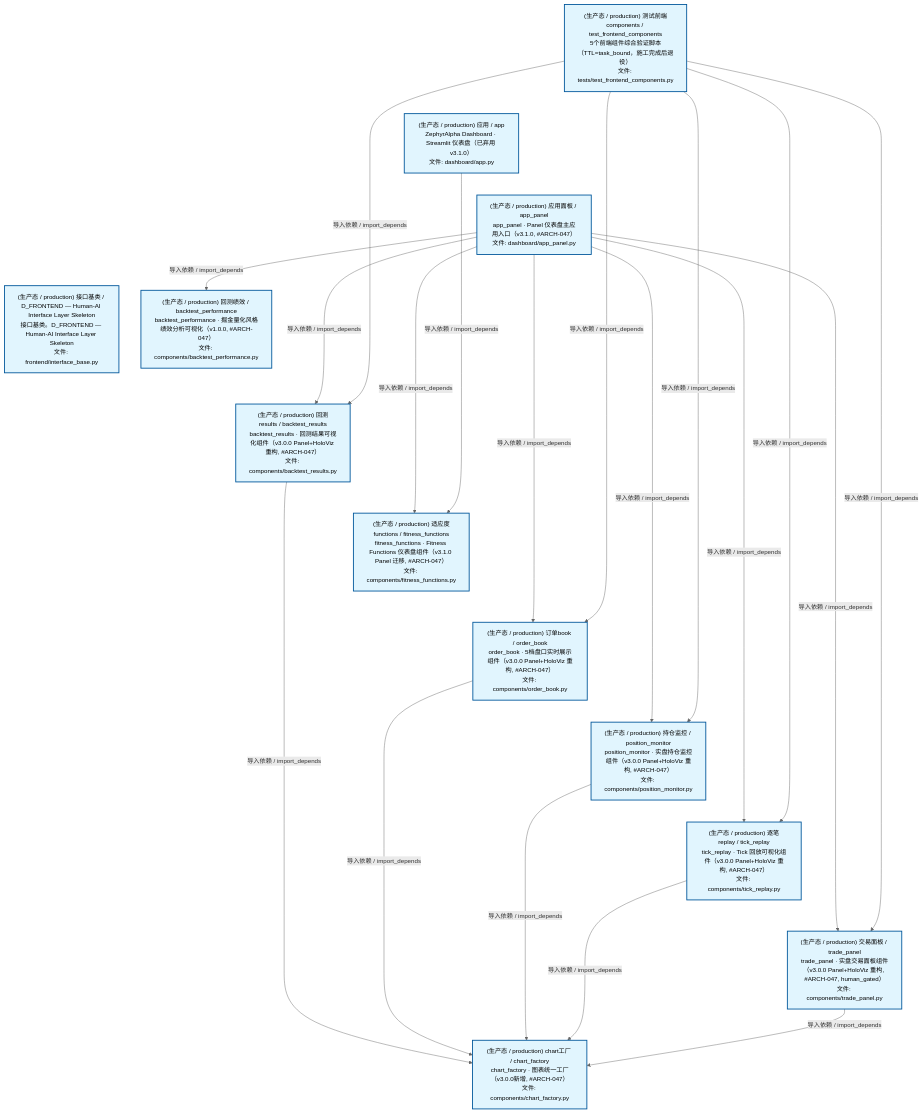
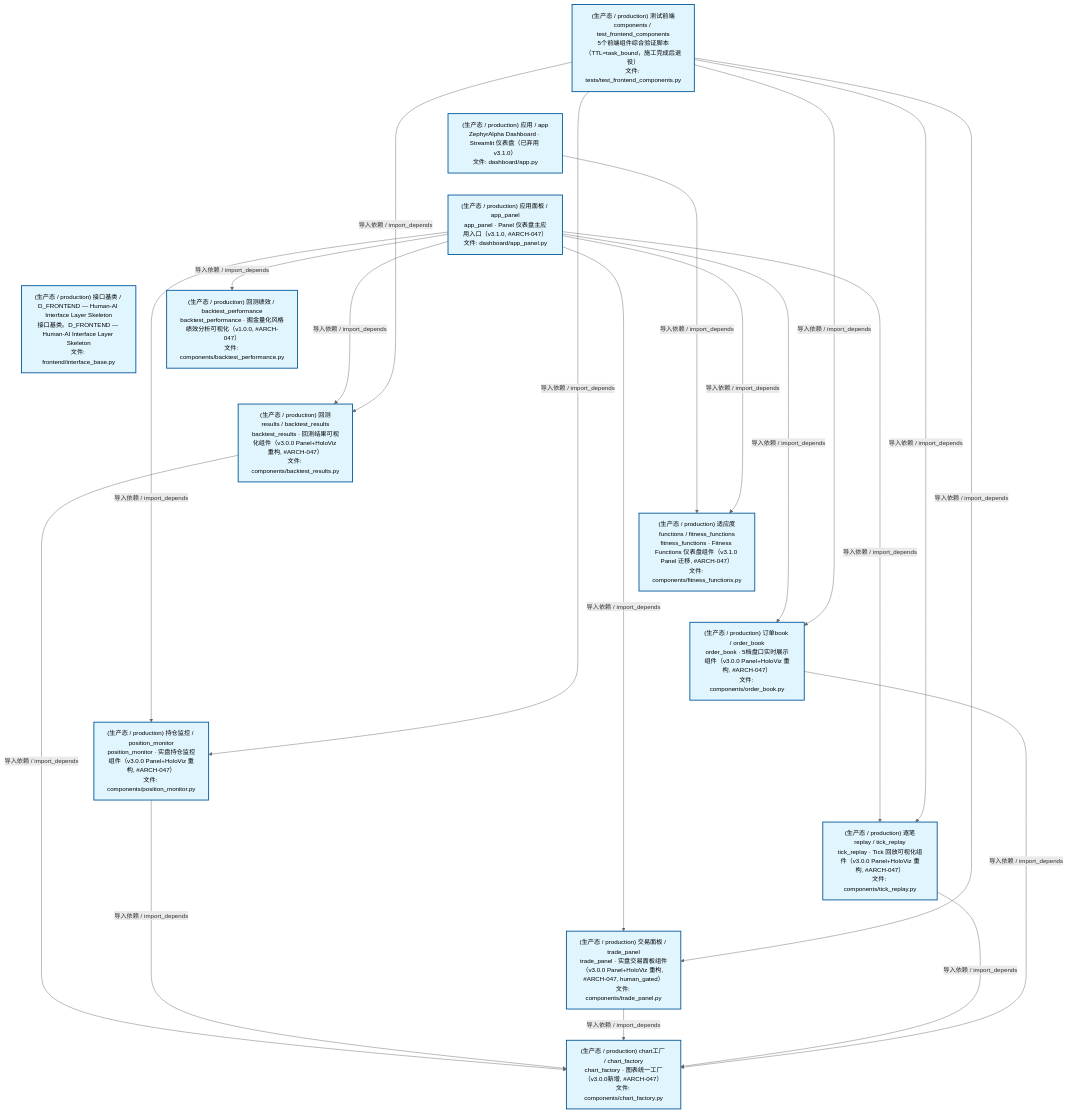
Before and after one commit to xuanFelixVan/ZephyrAlpha: the second of 4 diagrams in docs/02_enterprise_architecture/02_domain_architecture_docs/47_d_frontend.md, drawn with Mermaid. The commit also changed other lines of this file and 50 other files, not shown here.

````diff
--- a/docs/02_enterprise_architecture/02_domain_architecture_docs/47_d_frontend.md
+++ b/docs/02_enterprise_architecture/02_domain_architecture_docs/47_d_frontend.md
@@ -124,48 +124,48 @@
 ```mermaid
 %%{init: {'theme': 'base', 'themeVariables': {'primaryColor': '#eaeaea', 'primaryTextColor': '#333333', 'primaryBorderColor': '#666666', 'lineColor': '#666666', 'secondaryColor': '#eaeaea', 'tertiaryColor': '#eaeaea', 'fontSize': '14px'}}}%%
 flowchart TD
     scripts_tests_test_frontend_components_py["(生产态 / production) 测试前端components / test_frontend_components<br/>5个前端组件综合验证脚本（TTL=task_bound，施工完成后退役）<br/>文件: tests/test_frontend_components.py"]
     src_zephyr_frontend_dashboard_app_py["(生产态 / production) 应用 / app<br/>ZephyrAlpha Dashboard · Streamlit 仪表盘（已弃用 v3.1.0）<br/>文件: dashboard/app.py"]
     src_zephyr_frontend_dashboard_app_panel_py["(生产态 / production) 应用面板 / app_panel<br/>app_panel · Panel 仪表盘主应用入口（v3.1.0, #ARCH-047）<br/>文件: dashboard/app_panel.py"]
     src_zephyr_frontend_interface_base_py["(生产态 / production) 接口基类 / D_FRONTEND — Human-AI Interface Layer Skeleton<br/>接口基类。D_FRONTEND — Human-AI Interface Layer Skeleton<br/>文件: frontend/interface_base.py"]
     scripts_tests_test_frontend_components_py ~~~ src_zephyr_frontend_dashboard_app_py
     src_zephyr_frontend_dashboard_app_py ~~~ src_zephyr_frontend_dashboard_app_panel_py
     src_zephyr_frontend_dashboard_app_panel_py ~~~ src_zephyr_frontend_interface_base_py
     src_zephyr_frontend_dashboard_components_backtest_performance_py["(生产态 / production) 回测绩效 / backtest_performance<br/>backtest_performance · 掘金量化风格绩效分析可视化（v1.0.0, #ARCH-047）<br/>文件: components/backtest_performance.py"]
     src_zephyr_frontend_dashboard_components_backtest_results_py["(生产态 / production) 回测results / backtest_results<br/>backtest_results · 回测结果可视化组件（v3.0.0 Panel+HoloViz 重构, #ARCH-047）<br/>文件: components/backtest_results.py"]
     src_zephyr_frontend_dashboard_components_fitness_functions_py["(生产态 / production) 适应度functions / fitness_functions<br/>fitness_functions · Fitness Functions 仪表盘组件（v3.1.0 Panel 迁移, #ARCH-047）<br/>文件: components/fitness_functions.py"]
     src_zephyr_frontend_dashboard_components_order_book_py["(生产态 / production) 订单book / order_book<br/>order_book · 5档盘口实时展示组件（v3.0.0 Panel+HoloViz 重构, #ARCH-047）<br/>文件: components/order_book.py"]
     src_zephyr_frontend_dashboard_components_position_monitor_py["(生产态 / production) 持仓监控 / position_monitor<br/>position_monitor · 实盘持仓监控组件（v3.0.0 Panel+HoloViz 重构, #ARCH-047）<br/>文件: components/position_monitor.py"]
     src_zephyr_frontend_dashboard_components_tick_replay_py["(生产态 / production) 逐笔replay / tick_replay<br/>tick_replay · Tick 回放可视化组件（v3.0.0 Panel+HoloViz 重构, #ARCH-047）<br/>文件: components/tick_replay.py"]
     src_zephyr_frontend_dashboard_components_trade_panel_py["(生产态 / production) 交易面板 / trade_panel<br/>trade_panel · 实盘交易面板组件（v3.0.0 Panel+HoloViz 重构, #ARCH-047, human_gated）<br/>文件: components/trade_panel.py"]
     src_zephyr_frontend_dashboard_components_backtest_performance_py ~~~ src_zephyr_frontend_dashboard_components_backtest_results_py
     src_zephyr_frontend_dashboard_components_backtest_results_py ~~~ src_zephyr_frontend_dashboard_components_fitness_functions_py
     src_zephyr_frontend_dashboard_components_fitness_functions_py ~~~ src_zephyr_frontend_dashboard_components_order_book_py
     src_zephyr_frontend_dashboard_components_order_book_py ~~~ src_zephyr_frontend_dashboard_components_position_monitor_py
     src_zephyr_frontend_dashboard_components_position_monitor_py ~~~ src_zephyr_frontend_dashboard_components_tick_replay_py
     src_zephyr_frontend_dashboard_components_tick_replay_py ~~~ src_zephyr_frontend_dashboard_components_trade_panel_py
     src_zephyr_frontend_dashboard_components_chart_factory_py["(生产态 / production) chart工厂 / chart_factory<br/>chart_factory · 图表统一工厂（v3.0.0新增, #ARCH-047）<br/>文件: components/chart_factory.py"]
+    src_zephyr_frontend_dashboard_app_py -->|导入依赖 / import_depends| src_zephyr_frontend_dashboard_components_fitness_functions_py
+    src_zephyr_frontend_dashboard_app_panel_py -->|导入依赖 / import_depends| src_zephyr_frontend_dashboard_components_backtest_performance_py
     src_zephyr_frontend_dashboard_app_panel_py -->|导入依赖 / import_depends| src_zephyr_frontend_dashboard_components_backtest_results_py
+    src_zephyr_frontend_dashboard_app_panel_py -->|导入依赖 / import_depends| src_zephyr_frontend_dashboard_components_position_monitor_py
     src_zephyr_frontend_dashboard_app_panel_py -->|导入依赖 / import_depends| src_zephyr_frontend_dashboard_components_fitness_functions_py
-    src_zephyr_frontend_dashboard_app_panel_py -->|导入依赖 / import_depends| src_zephyr_frontend_dashboard_components_backtest_performance_py
+    src_zephyr_frontend_dashboard_app_panel_py -->|导入依赖 / import_depends| src_zephyr_frontend_dashboard_components_trade_panel_py
+    src_zephyr_frontend_dashboard_app_panel_py -->|导入依赖 / import_depends| src_zephyr_frontend_dashboard_components_tick_replay_py
     src_zephyr_frontend_dashboard_app_panel_py -->|导入依赖 / import_depends| src_zephyr_frontend_dashboard_components_order_book_py
-    src_zephyr_frontend_dashboard_app_panel_py -->|导入依赖 / import_depends| src_zephyr_frontend_dashboard_components_position_monitor_py
-    src_zephyr_frontend_dashboard_app_panel_py -->|导入依赖 / import_depends| src_zephyr_frontend_dashboard_components_tick_replay_py
-    src_zephyr_frontend_dashboard_app_panel_py -->|导入依赖 / import_depends| src_zephyr_frontend_dashboard_components_trade_panel_py
     src_zephyr_frontend_dashboard_components_backtest_results_py -->|导入依赖 / import_depends| src_zephyr_frontend_dashboard_components_chart_factory_py
-    src_zephyr_frontend_dashboard_app_py -->|导入依赖 / import_depends| src_zephyr_frontend_dashboard_components_fitness_functions_py
+    src_zephyr_frontend_dashboard_components_position_monitor_py -->|导入依赖 / import_depends| src_zephyr_frontend_dashboard_components_chart_factory_py
+    src_zephyr_frontend_dashboard_components_trade_panel_py -->|导入依赖 / import_depends| src_zephyr_frontend_dashboard_components_chart_factory_py
+    src_zephyr_frontend_dashboard_components_tick_replay_py -->|导入依赖 / import_depends| src_zephyr_frontend_dashboard_components_chart_factory_py
     src_zephyr_frontend_dashboard_components_order_book_py -->|导入依赖 / import_depends| src_zephyr_frontend_dashboard_components_chart_factory_py
-    src_zephyr_frontend_dashboard_components_position_monitor_py -->|导入依赖 / import_depends| src_zephyr_frontend_dashboard_components_chart_factory_py
-    src_zephyr_frontend_dashboard_components_tick_replay_py -->|导入依赖 / import_depends| src_zephyr_frontend_dashboard_components_chart_factory_py
-    src_zephyr_frontend_dashboard_components_trade_panel_py -->|导入依赖 / import_depends| src_zephyr_frontend_dashboard_components_chart_factory_py
     scripts_tests_test_frontend_components_py -->|导入依赖 / import_depends| src_zephyr_frontend_dashboard_components_backtest_results_py
+    scripts_tests_test_frontend_components_py -->|导入依赖 / import_depends| src_zephyr_frontend_dashboard_components_position_monitor_py
+    scripts_tests_test_frontend_components_py -->|导入依赖 / import_depends| src_zephyr_frontend_dashboard_components_trade_panel_py
+    scripts_tests_test_frontend_components_py -->|导入依赖 / import_depends| src_zephyr_frontend_dashboard_components_tick_replay_py
     scripts_tests_test_frontend_components_py -->|导入依赖 / import_depends| src_zephyr_frontend_dashboard_components_order_book_py
-    scripts_tests_test_frontend_components_py -->|导入依赖 / import_depends| src_zephyr_frontend_dashboard_components_position_monitor_py
-    scripts_tests_test_frontend_components_py -->|导入依赖 / import_depends| src_zephyr_frontend_dashboard_components_tick_replay_py
-    scripts_tests_test_frontend_components_py -->|导入依赖 / import_depends| src_zephyr_frontend_dashboard_components_trade_panel_py
     classDef production fill:#e1f5fe,stroke:#01579b,stroke-width:2px,color:#000
     classDef design fill:#fff3e0,stroke:#e65100,stroke-width:2px,color:#000,stroke-dasharray: 5 5
     classDef external_prod fill:#e8f4fd,stroke:#0277bd,stroke-width:1px,color:#000
     classDef external_design fill:#fff8e7,stroke:#ef6c00,stroke-width:1px,color:#000,stroke-dasharray: 5 5
     class scripts_tests_test_frontend_components_py,src_zephyr_frontend_dashboard_app_py,src_zephyr_frontend_dashboard_app_panel_py,src_zephyr_frontend_dashboard_components_backtest_performance_py,src_zephyr_frontend_dashboard_components_backtest_results_py,src_zephyr_frontend_dashboard_components_chart_factory_py,src_zephyr_frontend_dashboard_components_fitness_functions_py,src_zephyr_frontend_dashboard_components_order_book_py,src_zephyr_frontend_dashboard_components_position_monitor_py,src_zephyr_frontend_dashboard_components_tick_replay_py,src_zephyr_frontend_dashboard_components_trade_panel_py,src_zephyr_frontend_interface_base_py production
 ```
````
